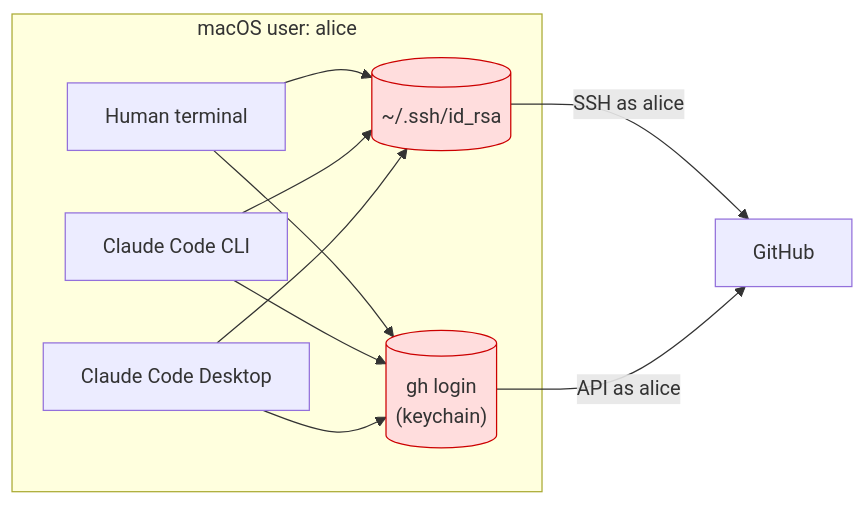
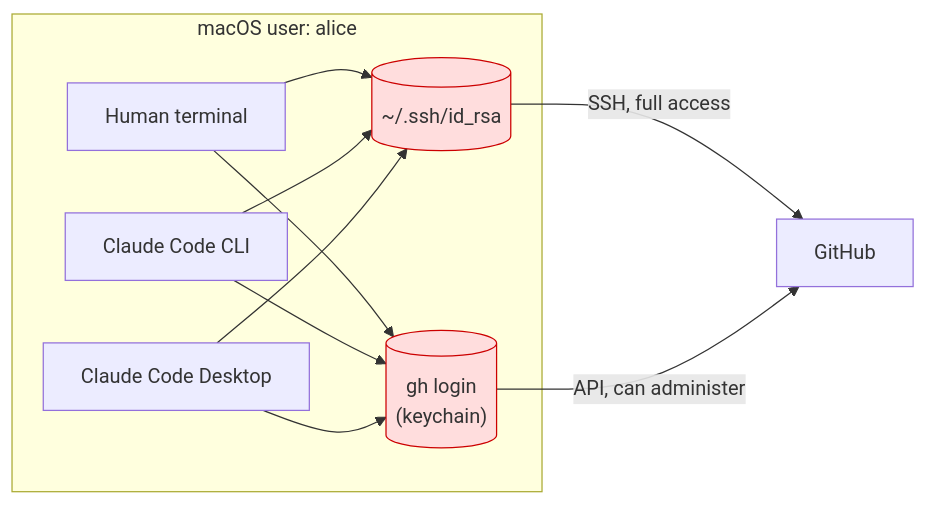
The first of 3 diagrams in README.md (frontier159/github-app-setup), drawn with Mermaid before and after one commit. The commit also changed other lines of this file and 8 other files, not shown here.

First line of the commit message:
Replace the GitHub App with restricted fine-grained PATs per owner

````diff
--- a/README.md
+++ b/README.md
@@ -49,20 +51,20 @@
 ```mermaid
 flowchart LR
   subgraph mac["macOS user: alice"]
     H["Human terminal"]
     C1["Claude Code CLI"]
     C2["Claude Code Desktop"]
     KEY[("~/.ssh/id_rsa")]
     GH[("gh login<br/>(keychain)")]
   end
   H --> KEY
   H --> GH
   C1 --> KEY
   C1 --> GH
   C2 --> KEY
   C2 --> GH
-  KEY -- "SSH as alice" --> GITHUB["GitHub"]
-  GH -- "API as alice" --> GITHUB
+  KEY -- "SSH, full access" --> GITHUB["GitHub"]
+  GH -- "API, can administer" --> GITHUB
   style KEY fill:#fdd,stroke:#c00
   style GH fill:#fdd,stroke:#c00
 ```
````
